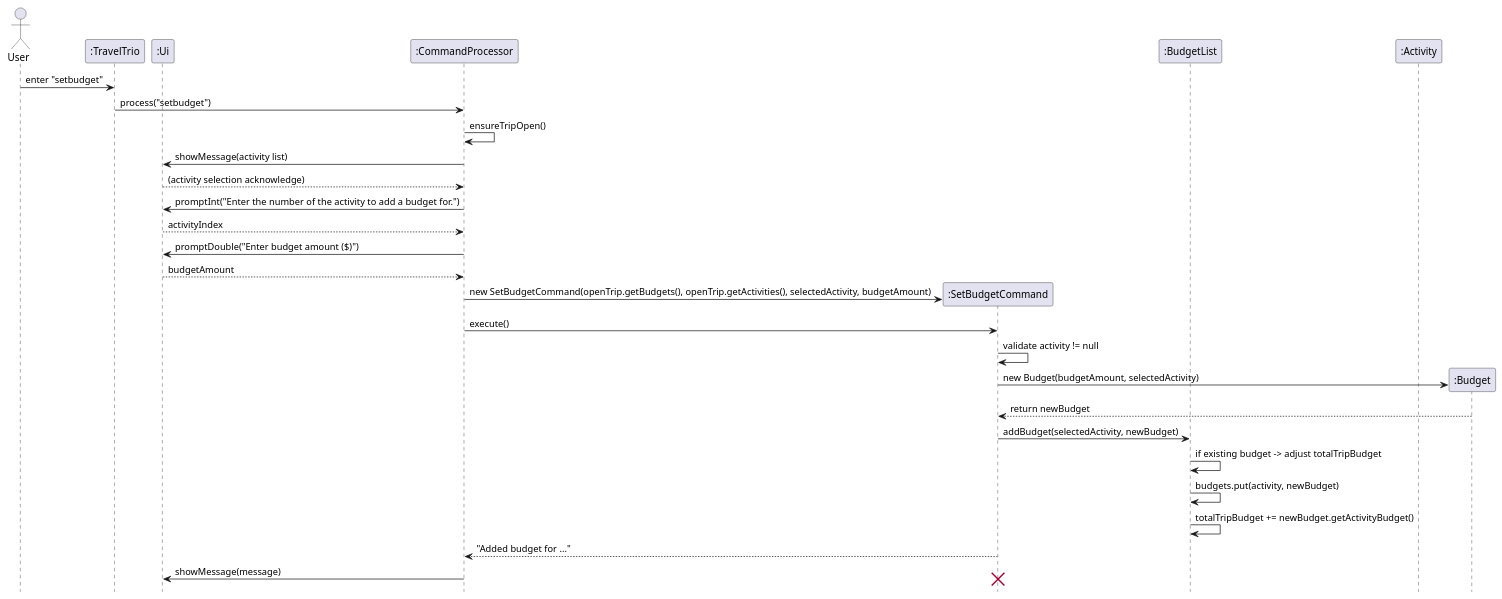
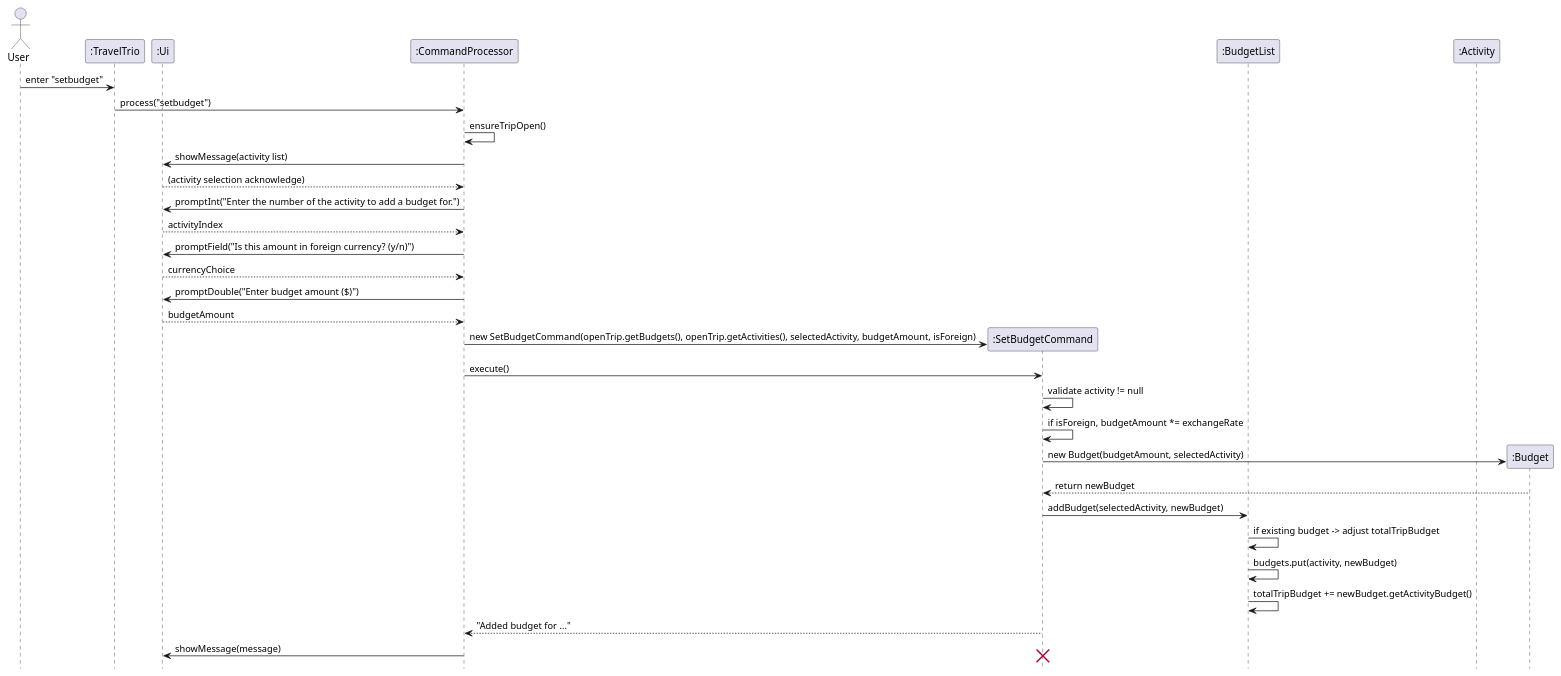
Before and after one commit to JellybeanJoel/tp: the diagram in docs/diagrams/SetBudgetSequenceDiagram.puml, drawn with PlantUML. The commit also changed 5 other files, not shown here.

Commit message:
Add foreign currency input to setbudget

```diff
--- a/docs/diagrams/SetBudgetSequenceDiagram.puml
+++ b/docs/diagrams/SetBudgetSequenceDiagram.puml
@@ -1,43 +1,47 @@
 @startuml
 hide footbox
 actor User
 participant ":TravelTrio" as TravelTrio
 participant ":Ui" as Ui
 participant ":CommandProcessor" as CommandProcessor
 participant ":SetBudgetCommand" as SetBudgetCommand
 participant ":BudgetList" as BudgetList
 participant ":Activity" as Activity
 participant ":Budget" as Budget
 
 User -> TravelTrio : enter "setbudget"
 TravelTrio -> CommandProcessor : process("setbudget")
 
 CommandProcessor -> CommandProcessor : ensureTripOpen()
 CommandProcessor -> Ui : showMessage(activity list)
 Ui --> CommandProcessor : (activity selection acknowledge)
 CommandProcessor -> Ui : promptInt("Enter the number of the activity to add a budget for.")
 Ui --> CommandProcessor : activityIndex
+CommandProcessor -> Ui : promptField("Is this amount in foreign currency? (y/n)")
+Ui --> CommandProcessor : currencyChoice
 CommandProcessor -> Ui : promptDouble("Enter budget amount ($)")
 Ui --> CommandProcessor : budgetAmount
 
 create SetBudgetCommand
-CommandProcessor -> SetBudgetCommand : new SetBudgetCommand(openTrip.getBudgets(), openTrip.getActivities(), selectedActivity, budgetAmount)
+CommandProcessor -> SetBudgetCommand : new SetBudgetCommand(openTrip.getBudgets(), openTrip.getActivities(), selectedActivity, budgetAmount, isForeign)
 CommandProcessor -> SetBudgetCommand : execute()
 
 SetBudgetCommand -> SetBudgetCommand : validate activity != null
+
+SetBudgetCommand -> SetBudgetCommand : if isForeign, budgetAmount *= exchangeRate
 
 create Budget
 SetBudgetCommand -> Budget : new Budget(budgetAmount, selectedActivity)
 Budget --> SetBudgetCommand : return newBudget
 
 SetBudgetCommand -> BudgetList : addBudget(selectedActivity, newBudget)
 BudgetList -> BudgetList : if existing budget -> adjust totalTripBudget
 BudgetList -> BudgetList : budgets.put(activity, newBudget)
 BudgetList -> BudgetList : totalTripBudget += newBudget.getActivityBudget()
 
 SetBudgetCommand --> CommandProcessor : "Added budget for ..."
 CommandProcessor -> Ui : showMessage(message)
 
 destroy SetBudgetCommand
 
 @enduml
```
